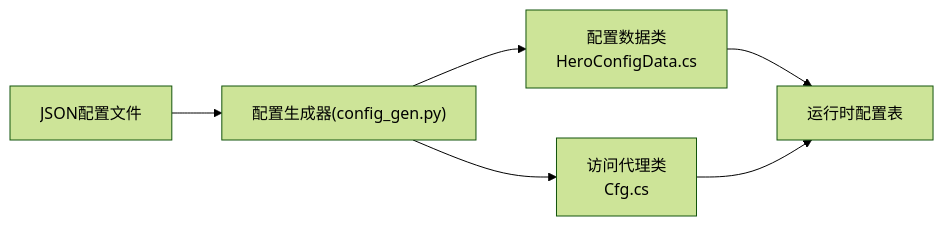
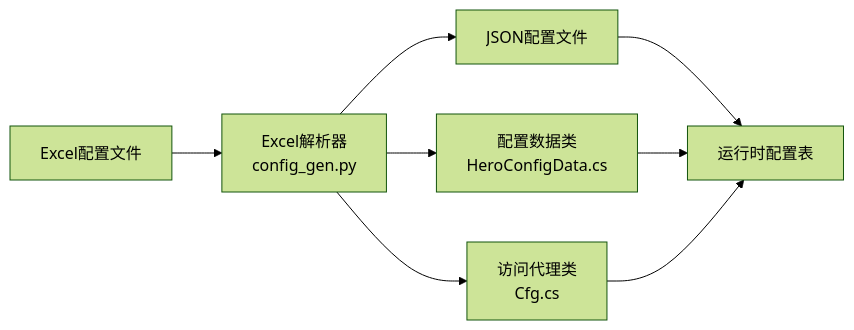
One commit to Tuusen/p1_client changed the fourth of 5 diagrams in .qoder/repowiki/zh/content/配置管理系统/配置管理系统.md. Above: the diagram before and after it, drawn with Mermaid (forest theme). The commit also changed other lines of this file and 29 other files, not shown here.

````diff
--- a/.qoder/repowiki/zh/content/配置管理系统/配置管理系统.md
+++ b/.qoder/repowiki/zh/content/配置管理系统/配置管理系统.md
@@ -239,8 +255,10 @@
 ```mermaid
 flowchart LR
-JSON["JSON配置文件"] --> Generator["配置生成器(config_gen.py)"]
-Generator --> DataClass["配置数据类<br/>HeroConfigData.cs"]
-Generator --> AccessClass["访问代理类<br/>Cfg.cs"]
-DataClass --> Runtime["运行时配置表"]
+Excel["Excel配置文件"] --> Parser["Excel解析器<br/>config_gen.py"]
+Parser --> JSON["JSON配置文件"]
+Parser --> DataClass["配置数据类<br/>HeroConfigData.cs"]
+Parser --> AccessClass["访问代理类<br/>Cfg.cs"]
+JSON --> Runtime["运行时配置表"]
+DataClass --> Runtime
 AccessClass --> Runtime
 ```
````
